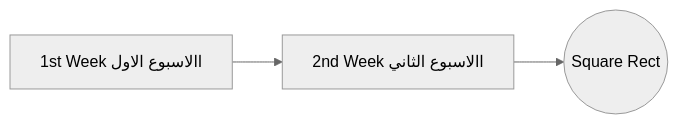
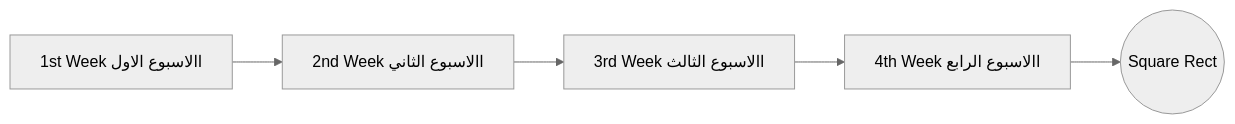
One commit to metigator/Roadmap changed the first of 5 diagrams in README.md. Above: the diagram before and after it, drawn with Mermaid (neutral theme).

````diff
--- a/README.md
+++ b/README.md
@@ -7,5 +7,7 @@
 ```mermaid
 graph LR
     A[1st Week االاسبوع الاول]--> B((Square Rect))
     B[2nd Week االاسبوع الثاني]--> C((Square Rect))
+    C[3rd Week االاسبوع الثالث]--> D((Square Rect))
+    D[4th Week االاسبوع الرابع]--> E((Square Rect))
 ```
````
